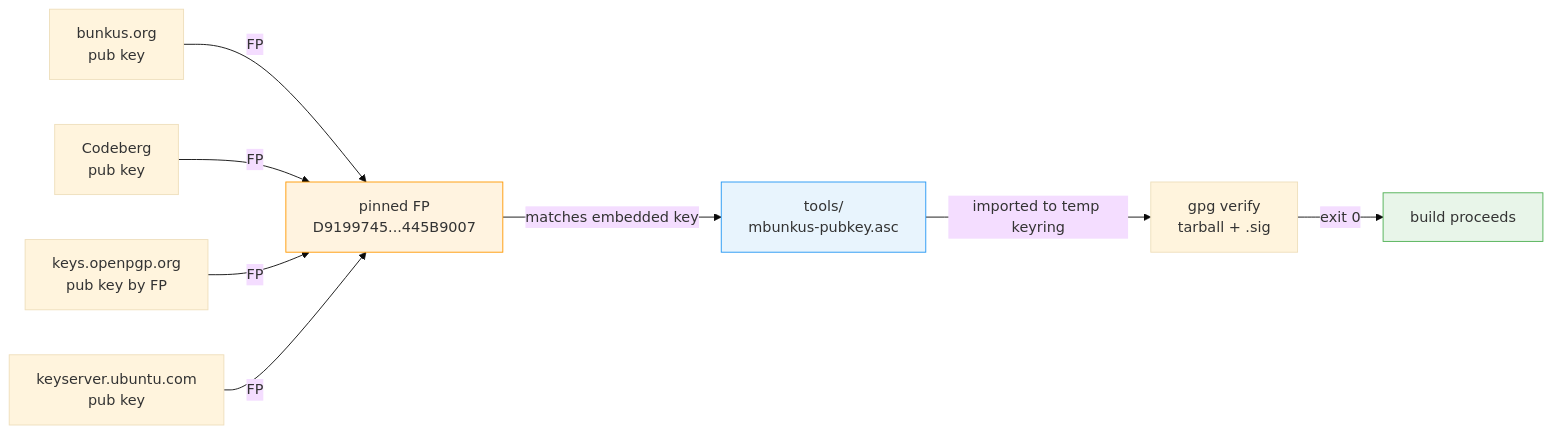
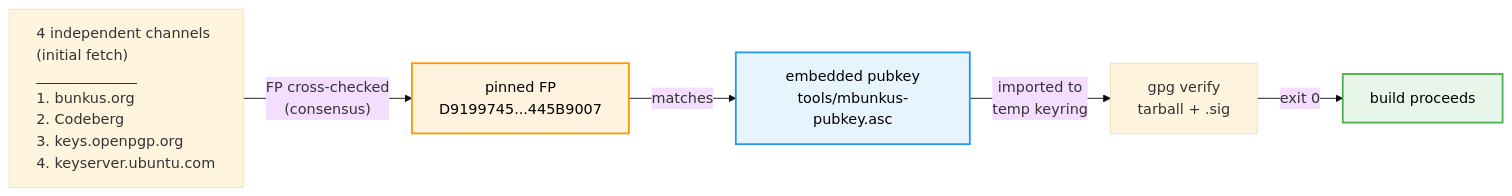
The sixth of 6 diagrams in docs/tarball-verification.md (CorticalCode/mkvtoolnix-macos-arm), drawn with Mermaid (base theme) before and after one commit. The commit also changed other lines of this file and 2 other files, not shown here.

First line of the commit message:
docs: improve diagram readability and tighten guide content

````diff
--- a/docs/tarball-verification.md
+++ b/docs/tarball-verification.md
@@ -247,20 +260,17 @@
 ```mermaid
 flowchart LR
-    K1["bunkus.org<br/>pub key"]
-    K2["Codeberg<br/>pub key"]
-    K3["keys.openpgp.org<br/>pub key by FP"]
-    K4["keyserver.ubuntu.com<br/>pub key"]
+    Sources["<div style='text-align:left'>4 independent channels (initial fetch)<br/>______________<br/>1. bunkus.org<br/>2. Codeberg<br/>3. keys.openpgp.org<br/>4. keyserver.ubuntu.com</div>"]
+    FP["pinned FP<br/>D9199745...445B9007"]
+    EK["embedded pubkey<br/>tools/mbunkus-pubkey.asc"]
+    TG["gpg verify<br/>tarball + .sig"]
+    OK["build proceeds"]
 
-    K1 -->|FP| FP["pinned FP<br/>D9199745...445B9007"]
-    K2 -->|FP| FP
-    K3 -->|FP| FP
-    K4 -->|FP| FP
+    Sources -->|"FP cross-checked<br/>(consensus)"| FP
+    FP -->|"matches"| EK
+    EK -->|"imported to<br/>temp keyring"| TG
+    TG -->|"exit 0"| OK
 
-    FP -->|matches embedded key| EK["tools/<br/>mbunkus-pubkey.asc"]
-    EK -->|imported to temp keyring| TG["gpg verify<br/>tarball + .sig"]
-    TG -->|exit 0| OK["build proceeds"]
-
-    style FP fill:#fff3e0,stroke:#ff9800
-    style EK fill:#e8f4fd,stroke:#2196f3
-    style OK fill:#e8f5e9,stroke:#4caf50
+    style FP fill:#fff3e0,stroke:#ff9800,stroke-width:2px,color:#000
+    style EK fill:#e8f4fd,stroke:#2196f3,stroke-width:2px,color:#000
+    style OK fill:#e8f5e9,stroke:#4caf50,stroke-width:2px,color:#000
 ```
````
